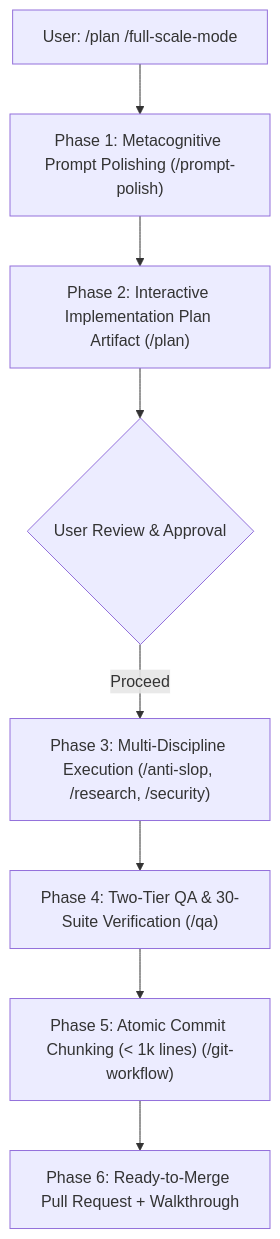
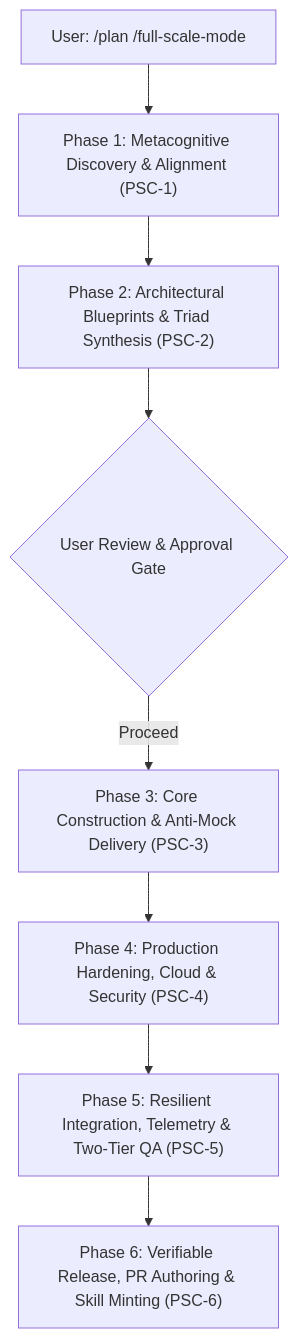
The first of 3 diagrams in README.md (darknecrocities/SkillBuilder), drawn with Mermaid before and after one commit. The commit also changed other lines of this file and 4 other files, not shown here.

First line of the commit message:
docs(ecosystem): sync 32-skill matrix, opc cadence and 40-suite runner

````diff
--- a/README.md
+++ b/README.md
@@ -267,10 +267,10 @@
 ```mermaid
 flowchart TD
-    INPUT["User: /plan /full-scale-mode <Task>"] --> PPE["Phase 1: Metacognitive Prompt Polishing (/prompt-polish)"]
-    PPE --> PLAN["Phase 2: Interactive Implementation Plan Artifact (/plan)"]
-    PLAN --> APPROVE{"User Review & Approval"}
-    APPROVE -- "Proceed" --> EXEC["Phase 3: Multi-Discipline Execution (/anti-slop, /research, /security)"]
-    EXEC --> QA["Phase 4: Two-Tier QA & 30-Suite Verification (/qa)"]
-    QA --> CHUNK["Phase 5: Atomic Commit Chunking (< 1k lines) (/git-workflow)"]
-    CHUNK --> PR["Phase 6: Ready-to-Merge Pull Request + Walkthrough"]
+    INPUT["User: /plan /full-scale-mode <Task>"] --> P1["Phase 1: Metacognitive Discovery & Alignment (PSC-1)"]
+    P1 --> P2["Phase 2: Architectural Blueprints & Triad Synthesis (PSC-2)"]
+    P2 --> APPROVE{"User Review & Approval Gate"}
+    APPROVE -- "Proceed" --> P3["Phase 3: Core Construction & Anti-Mock Delivery (PSC-3)"]
+    P3 --> P4["Phase 4: Production Hardening, Cloud & Security (PSC-4)"]
+    P4 --> P5["Phase 5: Resilient Integration, Telemetry & Two-Tier QA (PSC-5)"]
+    P5 --> P6["Phase 6: Verifiable Release, PR Authoring & Skill Minting (PSC-6)"]
 ```
````
